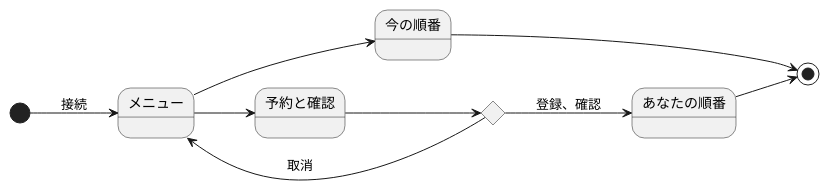
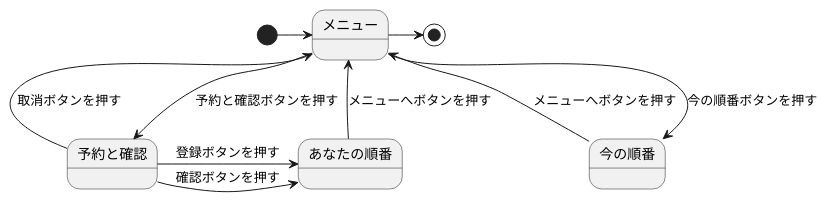
The diagram in 演習6-3_ステートマシン図_診察予約システム.pu (omorirenka/uml-introduction), drawn with PlantUML before and after one commit.

Commit message:
演習6-3_ステートマシン図修正

```diff
--- a/演習6-3_ステートマシン図_診察予約システム.pu
+++ b/演習6-3_ステートマシン図_診察予約システム.pu
@@ -1,15 +1,12 @@
 @startuml
-left to right direction
-[*] --> メニュー : 接続
-メニュー --> 今の順番
-メニュー --> 予約と確認
-state c <<choice>>
-state c <<choice>>
-state c <<choice>>
-予約と確認 --> c
-c --> メニュー : 取消
-c --> あなたの順番 :登録、確認
-
-今の順番 --> [*]
-あなたの順番 --> [*]
+' left to right direction
+[*] -right-> メニュー
+メニュー --> 予約と確認 : 予約と確認ボタンを押す
+メニュー <-- 予約と確認 : 取消ボタンを押す
+メニュー <-- あなたの順番 : メニューへボタンを押す
+予約と確認 -right-> あなたの順番 : 登録ボタンを押す
+予約と確認 -right-> あなたの順番 : 確認ボタンを押す
+メニュー --> 今の順番 : 今の順番ボタンを押す
+メニュー <-- 今の順番 : メニューへボタンを押す
+メニュー -right-> [*]
 @enduml
```
